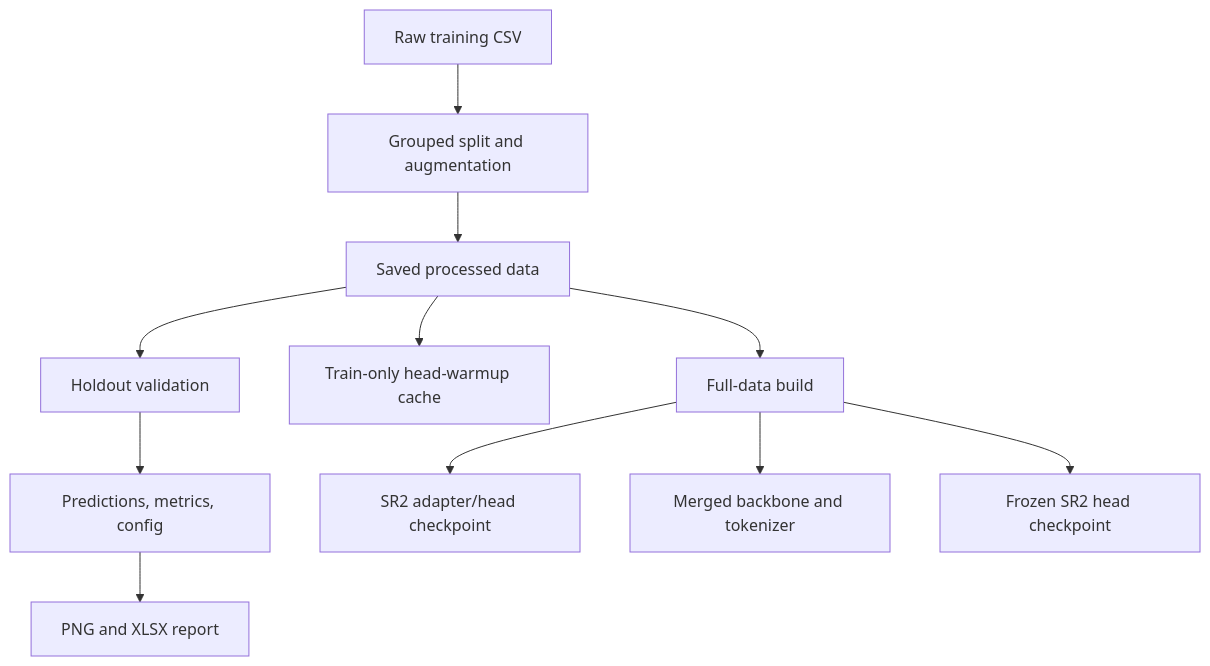
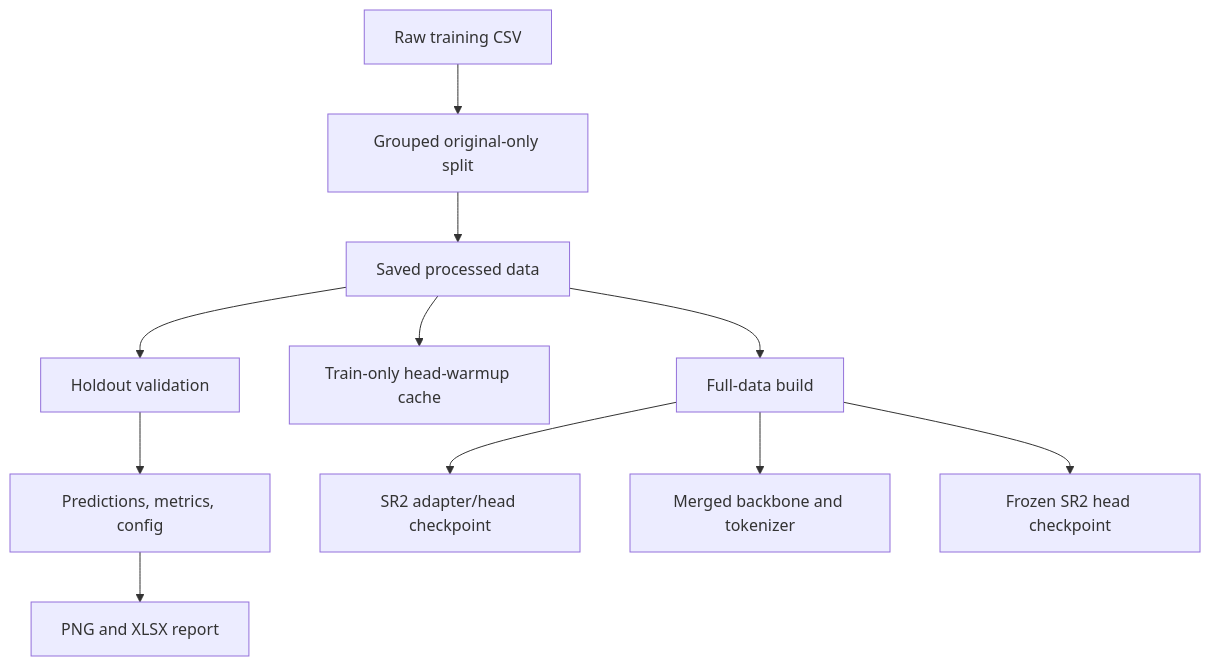
Before and after one commit to Esxyko/llm-classification-finetuning: the diagram in structure.md, drawn with Mermaid. The commit also changed other lines of this file and 21 other files, not shown here.

````diff
--- a/structure.md
+++ b/structure.md
@@ -26,13 +26,13 @@
 ```mermaid
 flowchart TD
-    Raw["Raw training CSV"] --> Prep["Grouped split and augmentation"]
+    Raw["Raw training CSV"] --> Prep["Grouped original-only split"]
     Prep --> Data["Saved processed data"]
     Data --> Validate["Holdout validation"]
     Data --> Warmup["Train-only head-warmup cache"]
     Data --> Build["Full-data build"]
     Validate --> Run["Predictions, metrics, config"]
     Run --> Report["PNG and XLSX report"]
     Build --> Checkpoint["SR2 adapter/head checkpoint"]
     Build --> Merged["Merged backbone and tokenizer"]
     Build --> Head["Frozen SR2 head checkpoint"]
 ```
````
